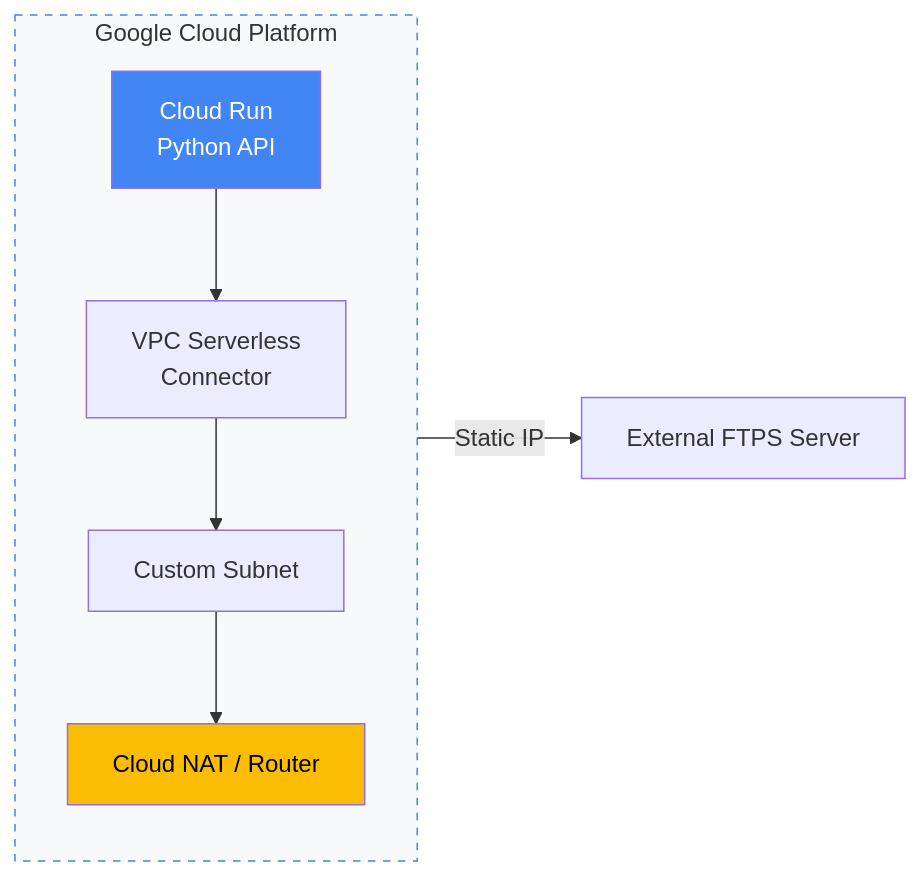
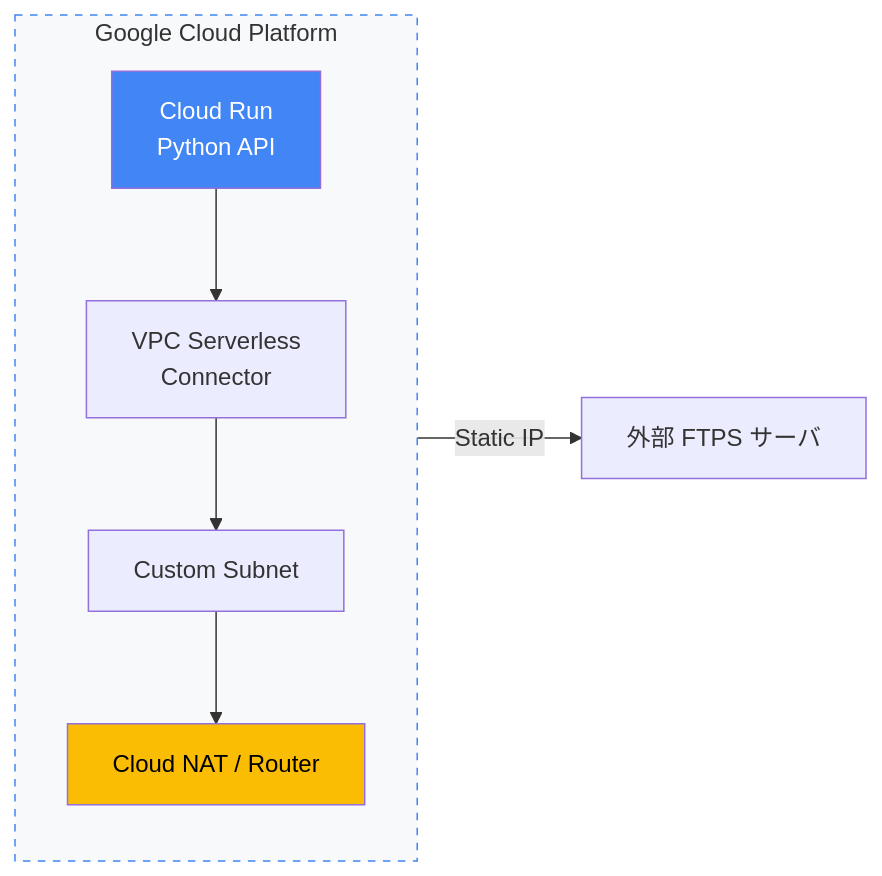
The diagram in README.md (conti0513/development_public), drawn with Mermaid before and after one commit. The commit also changed other lines of this file, not shown here.

````diff
--- a/README.md
+++ b/README.md
@@ -12,17 +13,17 @@
 ```mermaid
 graph LR
     subgraph Google_Cloud [Google Cloud Platform]
         direction TB
         CR[Cloud Run<br/>Python API] 
         SVC[VPC Serverless<br/>Connector]
         SN[Custom Subnet]
         NAT[Cloud NAT / Router]
     end
     
     CR --> SVC --> SN --> NAT
-    NAT -->|Static IP| FTPS[External FTPS Server]
+    NAT -->|Static IP| FTPS[外部 FTPS サーバ]
 
     style CR fill:#4285F4,color:#fff
     style NAT fill:#FBBC04,color:#000
     style Google_Cloud fill:#f8f9fa,stroke:#4285F4,stroke-dasharray: 5 5
 ```
````
